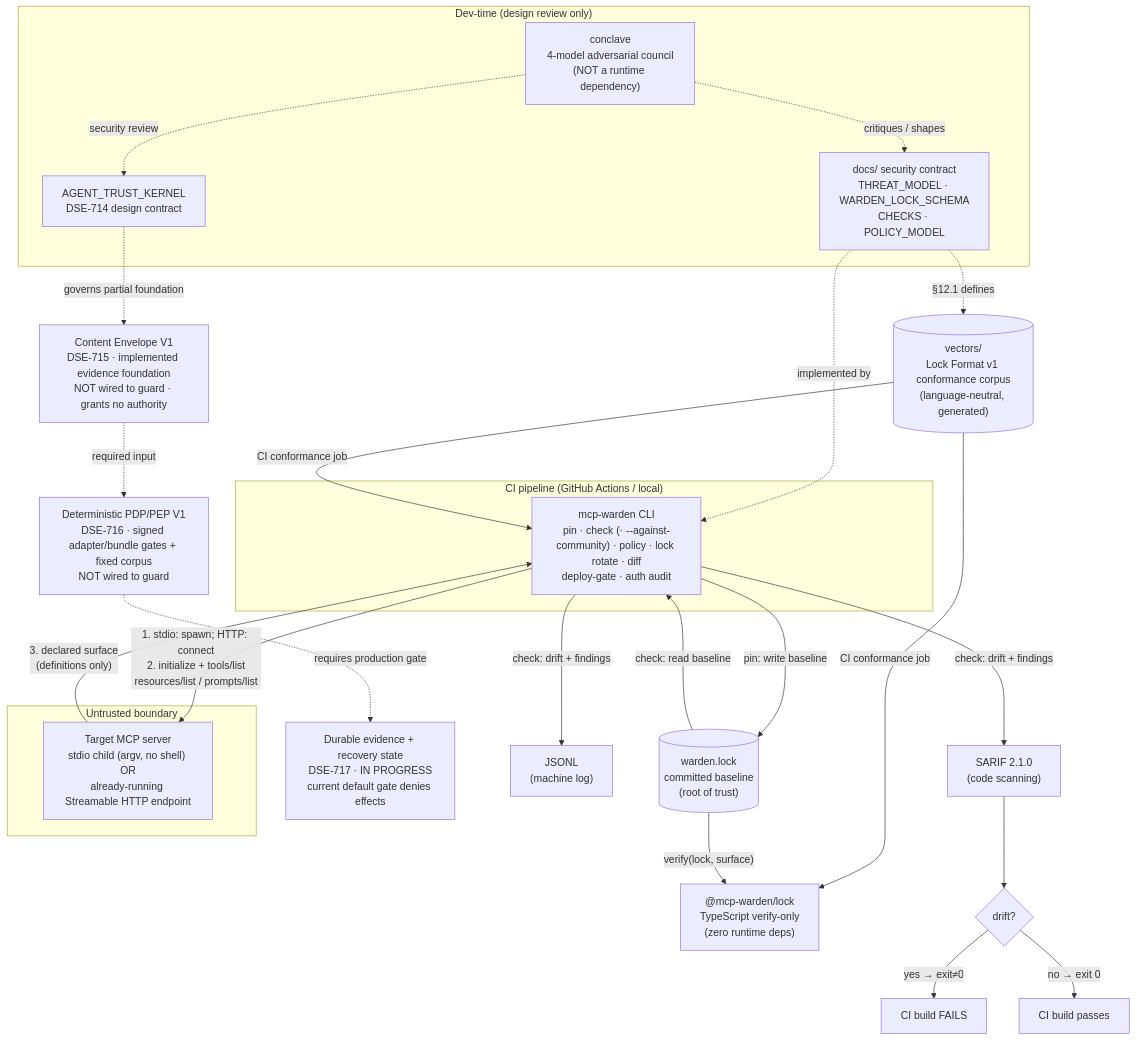
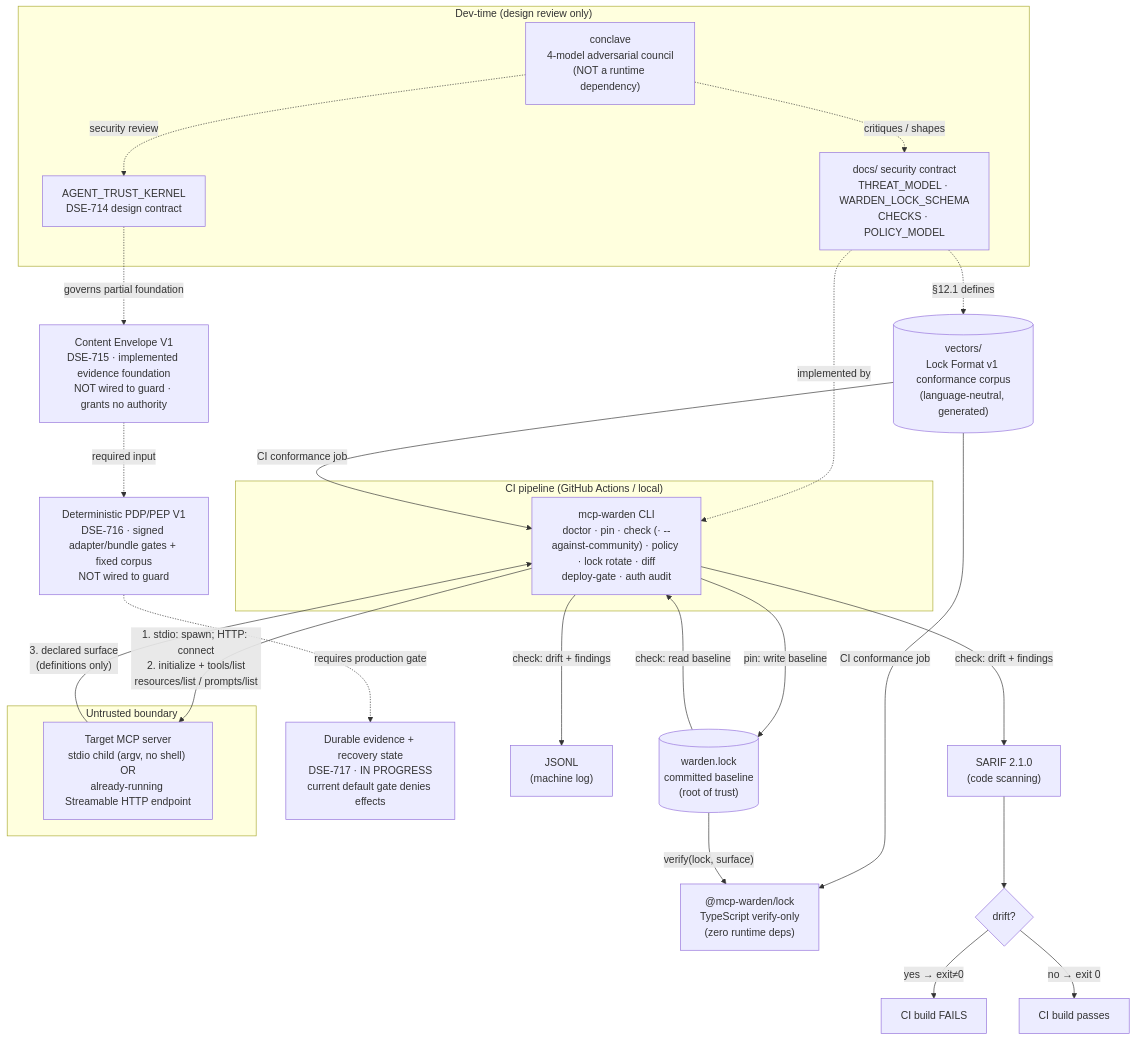
One commit to DataScience-EngineeringExperts/mcp-warden changed the first of 4 diagrams in SYSTEM_CONTEXT_DIAGRAM.md. Above: the diagram before and after it, drawn with Mermaid. The commit also changed other lines of this file and 15 other files, not shown here.

First line of the commit message:
feat: doctor — zero-config MCP posture scan across every agent config (DSE-1516) (#98)

````diff
--- a/SYSTEM_CONTEXT_DIAGRAM.md
+++ b/SYSTEM_CONTEXT_DIAGRAM.md
@@ -71,50 +81,52 @@
 ```mermaid
 flowchart TB
     subgraph dev["Dev-time (design review only)"]
         conclave["conclave\n4-model adversarial council\n(NOT a runtime dependency)"]
         specs["docs/ security contract\nTHREAT_MODEL · WARDEN_LOCK_SCHEMA\nCHECKS · POLICY_MODEL"]
         atk["AGENT_TRUST_KERNEL\nDSE-714 design contract"]
         conclave -. "critiques / shapes" .-> specs
         conclave -. "security review" .-> atk
     end
 
     envelope["Content Envelope V1\nDSE-715 · implemented evidence foundation\nNOT wired to guard · grants no authority"]
     decision["Deterministic PDP/PEP V1\nDSE-716 · signed adapter/bundle gates + fixed corpus\nNOT wired to guard"]
     evidence["Durable evidence + recovery state\nDSE-717 · IN PROGRESS\ncurrent default gate denies effects"]
     atk -. "governs partial foundation" .-> envelope
     envelope -. "required input" .-> decision
     decision -. "requires production gate" .-> evidence
 
     subgraph ci["CI pipeline (GitHub Actions / local)"]
-        warden["mcp-warden CLI\npin · check (· --against-community) · policy · lock rotate · diff\ndeploy-gate · auth audit"]
+        warden["mcp-warden CLI
+doctor · pin · check (· --against-community) · policy · lock rotate · diff
+deploy-gate · auth audit"]
     end
 
     subgraph target["Untrusted boundary"]
         server["Target MCP server\nstdio child (argv, no shell) OR\nalready-running Streamable HTTP endpoint"]
     end
 
     repo[("warden.lock\ncommitted baseline\n(root of trust)")]
     sarif["SARIF 2.1.0\n(code scanning)"]
     jsonl["JSONL\n(machine log)"]
 
     specs -. "implemented by" .-> warden
 
     vectors[("vectors/\nLock Format v1 conformance corpus\n(language-neutral, generated)")]
     lockts["@mcp-warden/lock\nTypeScript verify-only\n(zero runtime deps)"]
     specs -. "§12.1 defines" .-> vectors
     vectors -- "CI conformance job" --> warden
     vectors -- "CI conformance job" --> lockts
     repo -- "verify(lock, surface)" --> lockts
 
     warden -- "1. stdio: spawn; HTTP: connect\n2. initialize + tools/list\nresources/list / prompts/list" --> server
     server -- "3. declared surface\n(definitions only)" --> warden
 
     warden -- "pin: write baseline" --> repo
     repo -- "check: read baseline" --> warden
     warden -- "check: drift + findings" --> sarif
     warden -- "check: drift + findings" --> jsonl
 
     sarif --> gate{"drift?"}
     gate -- "yes → exit≠0" --> failci["CI build FAILS"]
     gate -- "no → exit 0" --> passci["CI build passes"]
 ```
````
